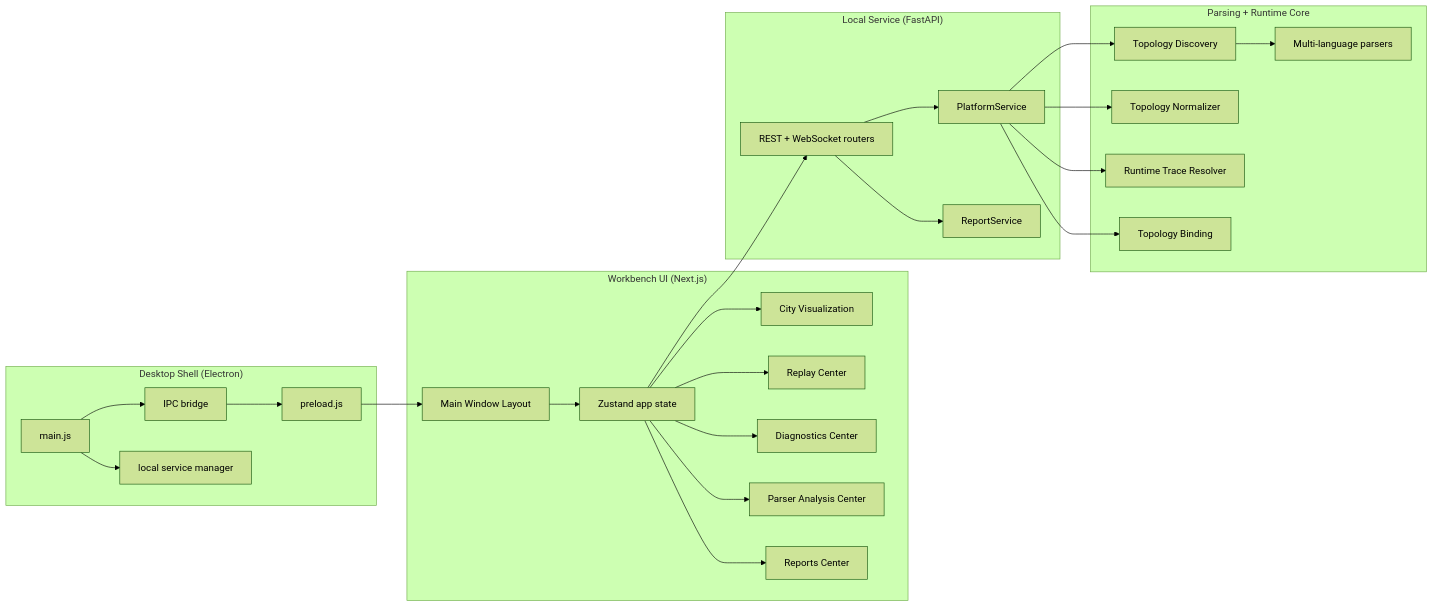
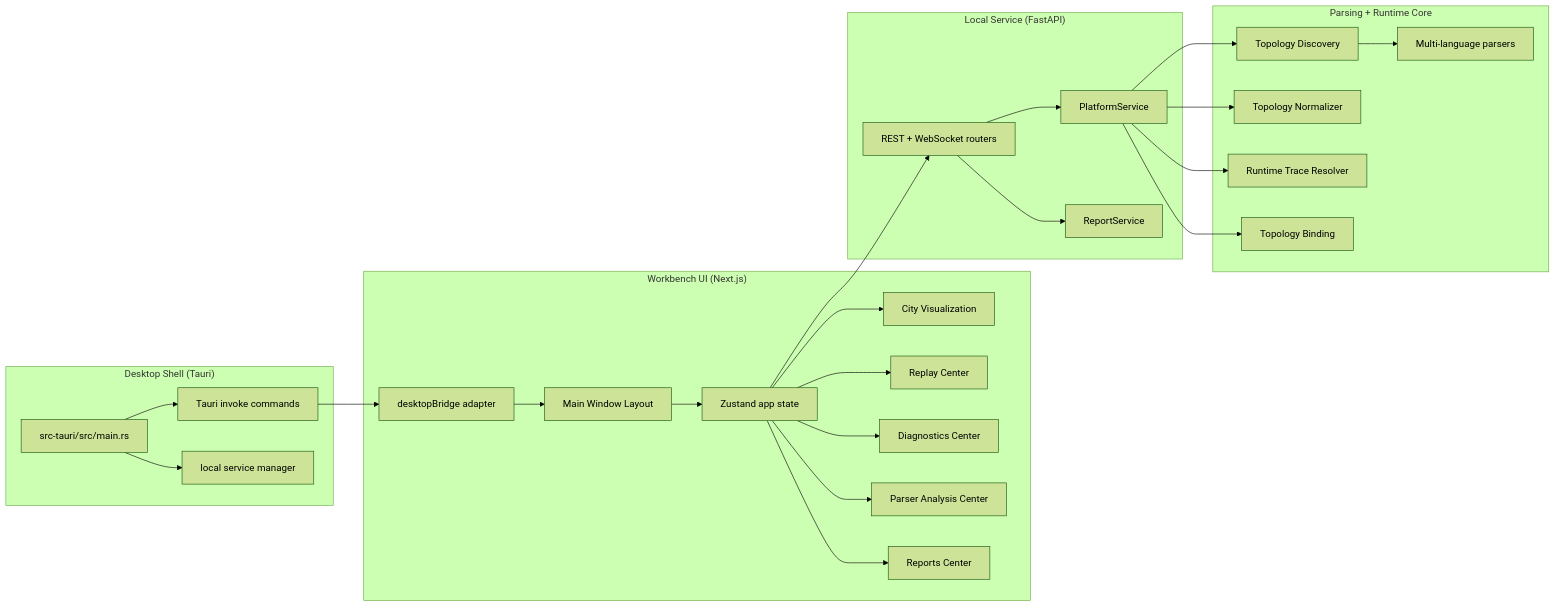
Before and after one commit to Sgt-Friedrich/Agent_City: the diagram in docs/architecture.md, drawn with Mermaid (forest theme). The commit also changed other lines of this file and 26 other files, not shown here.

Commit message:
desktop: migrate shell from Electron to Tauri

````diff
--- a/docs/architecture.md
+++ b/docs/architecture.md
@@ -14,53 +14,53 @@
 ```mermaid
 flowchart LR
-  subgraph Desktop["Desktop Shell (Electron)"]
-    Main["main.js"]
-    Preload["preload.js"]
-    IPC["IPC bridge"]
+  subgraph Desktop["Desktop Shell (Tauri)"]
+    RustMain["src-tauri/src/main.rs"]
+    IPC["Tauri invoke commands"]
     ProcMgr["local service manager"]
   end
 
   subgraph UI["Workbench UI (Next.js)"]
     ShellUI["Main Window Layout"]
     City["City Visualization"]
     Replay["Replay Center"]
     Diag["Diagnostics Center"]
     Parser["Parser Analysis Center"]
     Reports["Reports Center"]
     Store["Zustand app state"]
+    Bridge["desktopBridge adapter"]
   end
 
   subgraph API["Local Service (FastAPI)"]
     Routers["REST + WebSocket routers"]
     Platform["PlatformService"]
     ReportSvc["ReportService"]
   end
 
   subgraph Core["Parsing + Runtime Core"]
     Discovery["Topology Discovery"]
     Normalizer["Topology Normalizer"]
     Runtime["Runtime Trace Resolver"]
     Binding["Topology Binding"]
     Parsers["Multi-language parsers"]
   end
 
-  Main --> ProcMgr
-  Main --> IPC
-  IPC --> Preload
-  Preload --> ShellUI
+  RustMain --> ProcMgr
+  RustMain --> IPC
+  IPC --> Bridge
+  Bridge --> ShellUI
   ShellUI --> Store
   Store --> City
   Store --> Replay
   Store --> Diag
   Store --> Parser
   Store --> Reports
 
   Store --> Routers
   Routers --> Platform
   Routers --> ReportSvc
   Platform --> Discovery
   Platform --> Normalizer
   Platform --> Runtime
   Platform --> Binding
   Discovery --> Parsers
 ```
````
